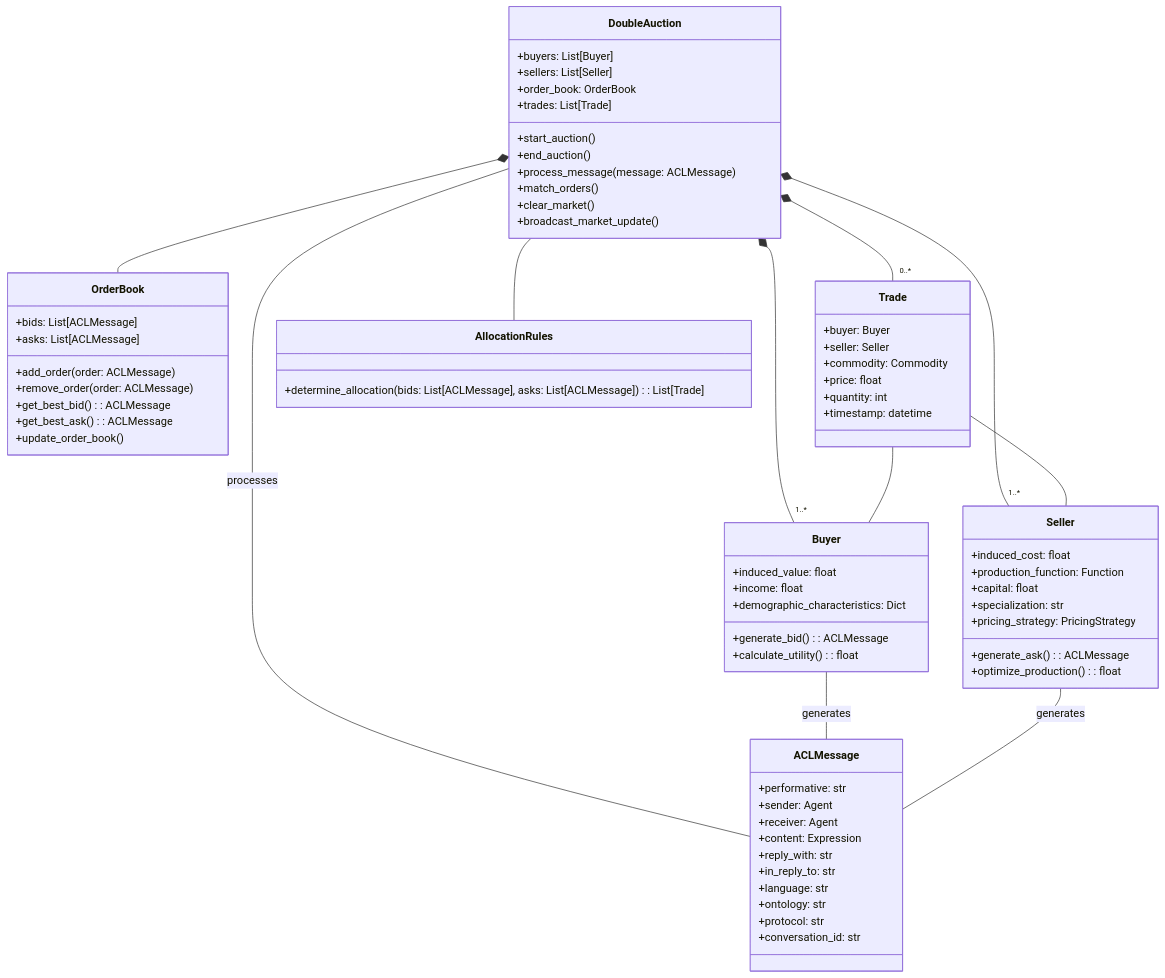
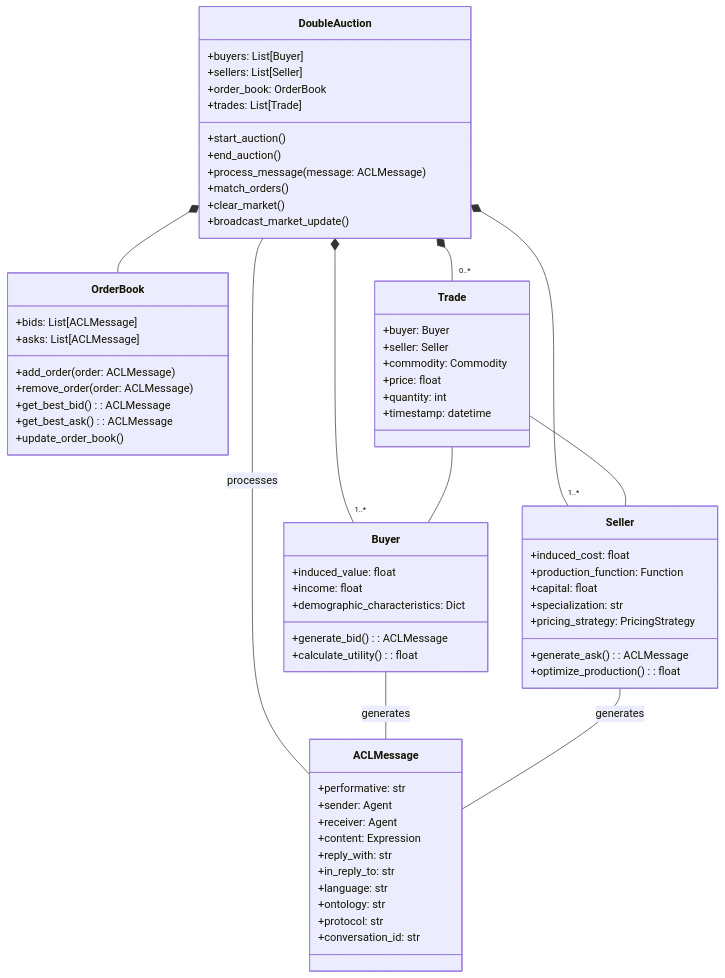
One commit to interstellarninja/MarketAgents changed the second of 4 diagrams in README.md. Above: the diagram before and after it, drawn with Mermaid.

Commit message:
updating double auctions subgraph

````diff
--- a/README.md
+++ b/README.md
@@ -186,74 +186,70 @@
 ```mermaid
 classDiagram
     class DoubleAuction {
         +buyers: List[Buyer]
         +sellers: List[Seller]
         +order_book: OrderBook
         +trades: List[Trade]
         +start_auction()
         +end_auction()
         +process_message(message: ACLMessage)
         +match_orders()
         +clear_market()
         +broadcast_market_update()
     }
     class OrderBook {
         +bids: List[ACLMessage]
         +asks: List[ACLMessage]
         +add_order(order: ACLMessage)
         +remove_order(order: ACLMessage)
         +get_best_bid(): ACLMessage
         +get_best_ask(): ACLMessage
         +update_order_book()
     }
     class Trade {
         +buyer: Buyer
         +seller: Seller
         +commodity: Commodity
         +price: float
         +quantity: int
         +timestamp: datetime
     }
     class Buyer {
         +induced_value: float
         +income: float
         +demographic_characteristics: Dict
         +generate_bid(): ACLMessage
         +calculate_utility(): float
     }
     class Seller {
         +induced_cost: float
         +production_function: Function
         +capital: float
         +specialization: str
         +pricing_strategy: PricingStrategy
         +generate_ask(): ACLMessage
         +optimize_production(): float
     }
     class ACLMessage {
         +performative: str
         +sender: Agent
         +receiver: Agent
         +content: Expression
         +reply_with: str
         +in_reply_to: str
         +language: str
         +ontology: str
         +protocol: str
         +conversation_id: str
     }
-    class AllocationRules {
-        +determine_allocation(bids: List[ACLMessage], asks: List[ACLMessage]): List[Trade]
-    }
 
     DoubleAuction *-- OrderBook
     DoubleAuction *-- "0..*" Trade
-    DoubleAuction -- AllocationRules
     DoubleAuction -- ACLMessage : processes
     DoubleAuction *-- "1..*" Buyer
     DoubleAuction *-- "1..*" Seller
     Buyer -- ACLMessage : generates
     Seller -- ACLMessage : generates
     Trade -- Buyer
     Trade -- Seller
 ```
````
